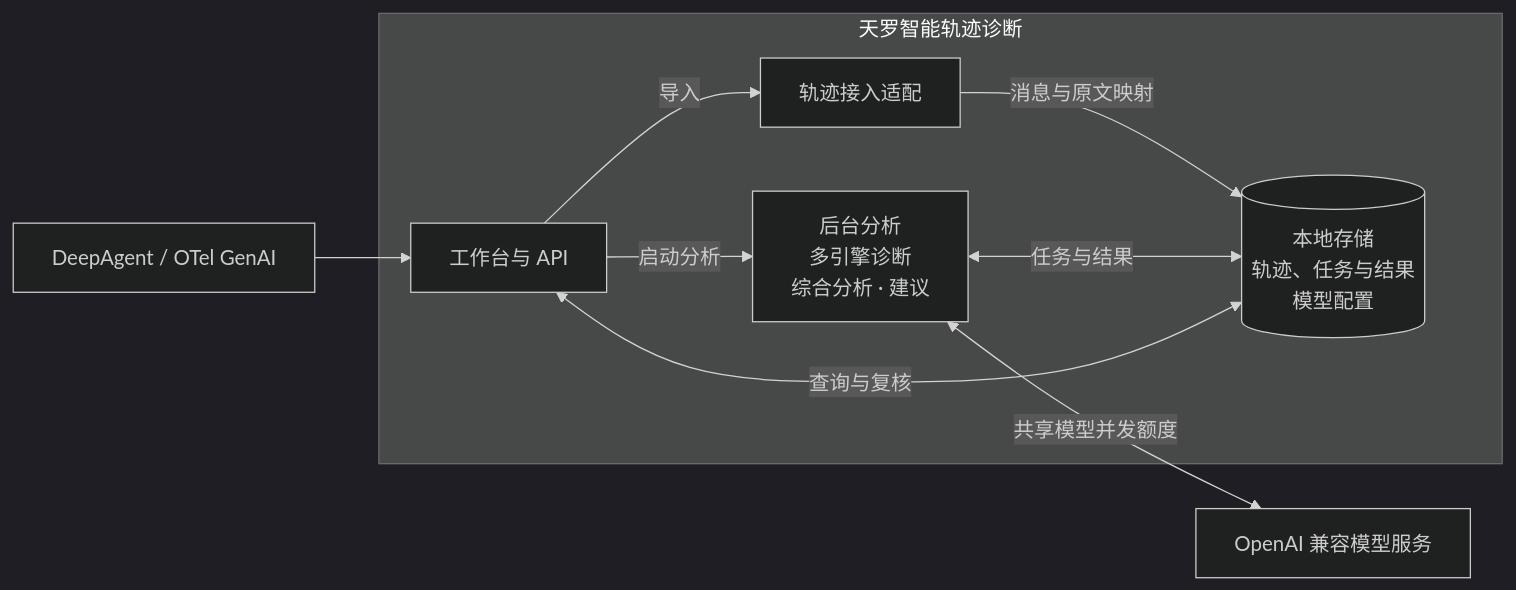
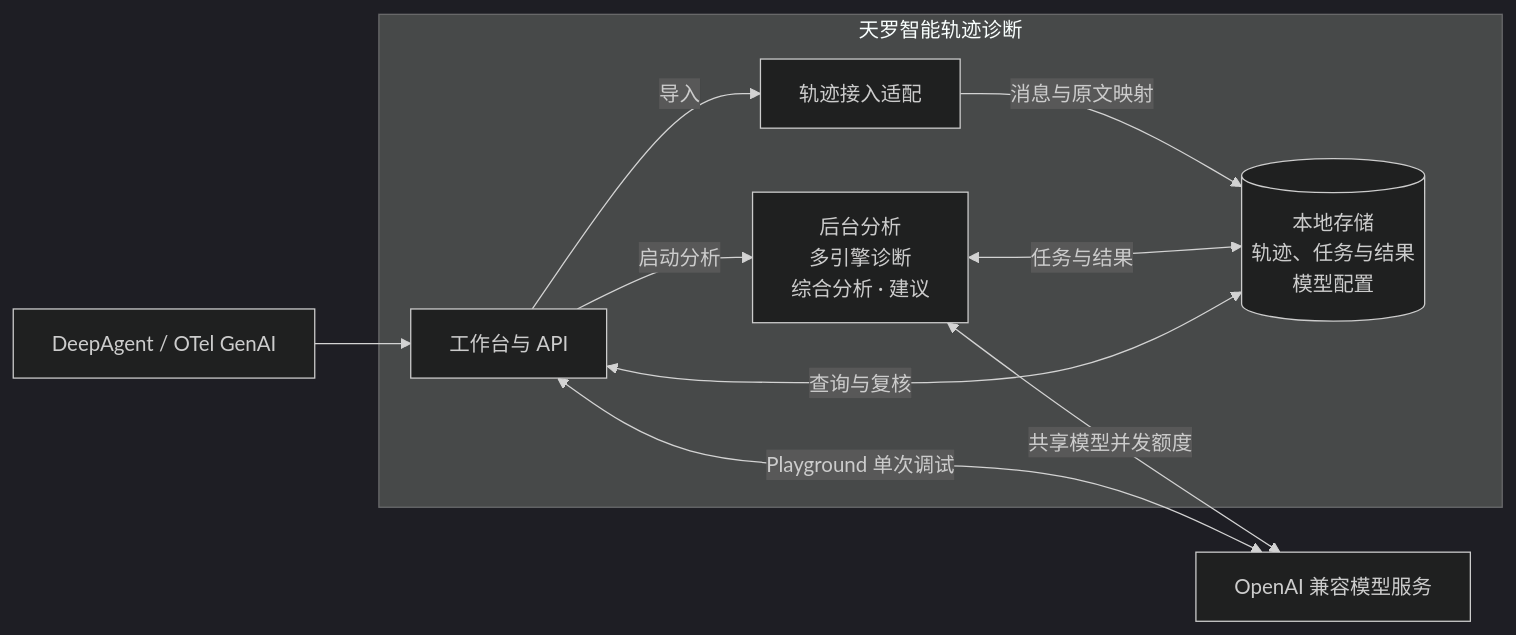
The diagram in docs/architecture.md (szluoqy-byte/agent-trace-diagnostics), drawn with Mermaid (dark theme) before and after one commit. The commit also changed other lines of this file and 23 other files, not shown here.

````diff
--- a/docs/architecture.md
+++ b/docs/architecture.md
@@ -7,21 +7,22 @@
 ```mermaid
 flowchart LR
     Source["DeepAgent / OTel GenAI"]
     Model["OpenAI 兼容模型服务"]
 
     subgraph Tianluo["天罗智能轨迹诊断"]
         Workbench["工作台与 API"]
         Adapter["轨迹接入适配"]
         Analysis["后台分析<br/>多引擎诊断<br/>综合分析 · 建议"]
         Store[("本地存储<br/>轨迹、任务与结果<br/>模型配置")]
 
         Workbench -->|导入| Adapter
         Workbench -->|启动分析| Analysis
         Adapter -->|消息与原文映射| Store
         Analysis <-->|任务与结果| Store
         Workbench <-->|查询与复核| Store
     end
 
     Source --> Workbench
     Analysis <-->|共享模型并发额度| Model
+    Workbench <-->|Playground 单次调试| Model
 ```
````
